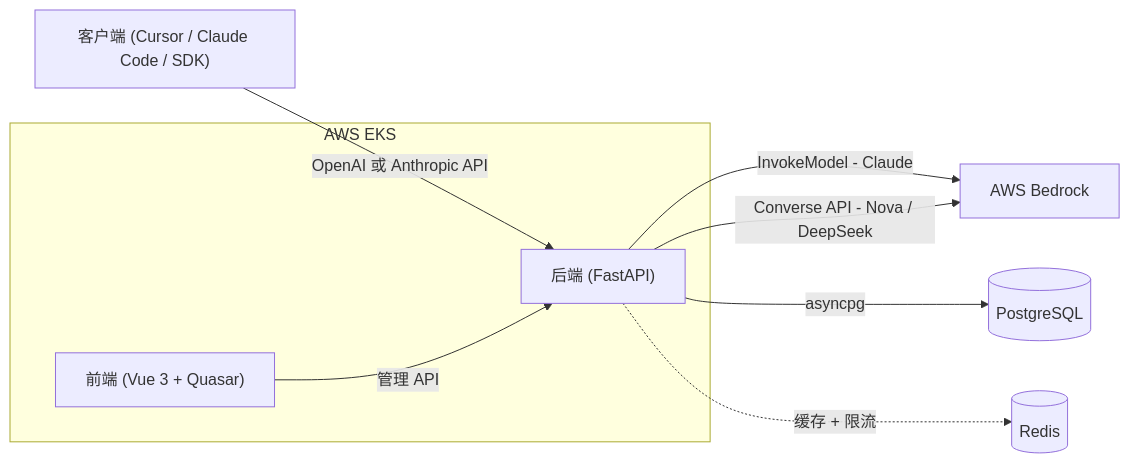
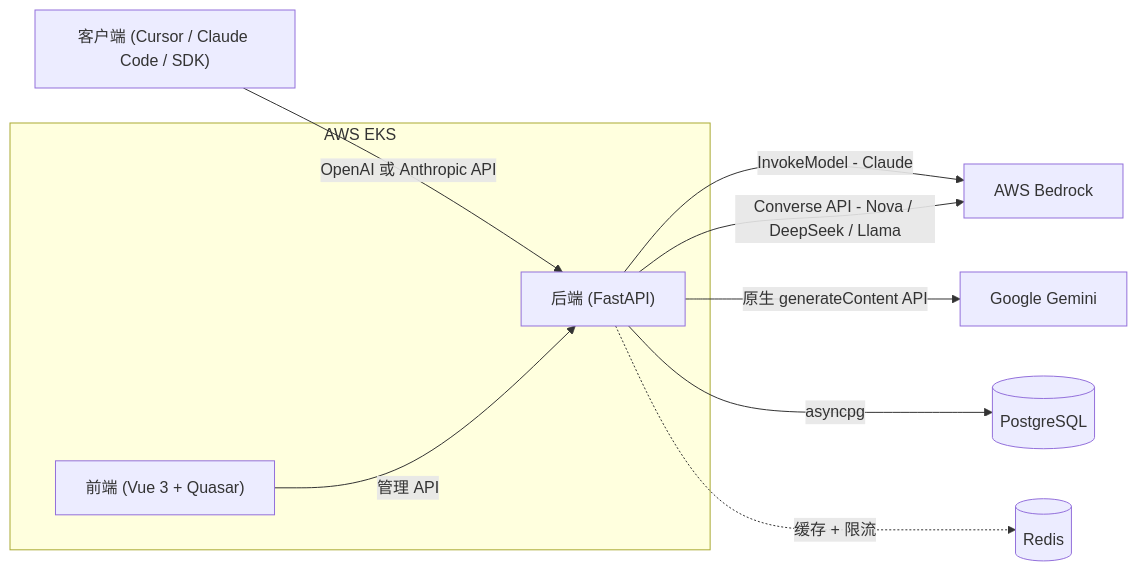
Before and after one commit to aws-samples/sample-kolya-br-proxy: the diagram in README.zh.md, drawn with Mermaid. The commit also changed other lines of this file and 1 other file, not shown here.

Commit message:
docs: update README to reflect Google Gemini integration

````diff
--- a/README.zh.md
+++ b/README.zh.md
@@ -59,13 +61,14 @@
 ```mermaid
 graph LR
     Client["客户端 (Cursor / Claude Code / SDK)"] -->|OpenAI 或 Anthropic API| Backend["后端 (FastAPI)"]
     Frontend["前端 (Vue 3 + Quasar)"] -->|管理 API| Backend
     Backend -->|InvokeModel - Claude| Bedrock["AWS Bedrock"]
-    Backend -->|Converse API - Nova / DeepSeek| Bedrock
+    Backend -->|Converse API - Nova / DeepSeek / Llama| Bedrock
+    Backend -->|原生 generateContent API| Gemini["Google Gemini"]
     Backend -->|asyncpg| DB[(PostgreSQL)]
     Backend -.->|缓存 + 限流| Redis[(Redis)]
     subgraph AWS EKS
         Frontend
         Backend
     end
 ```
````
